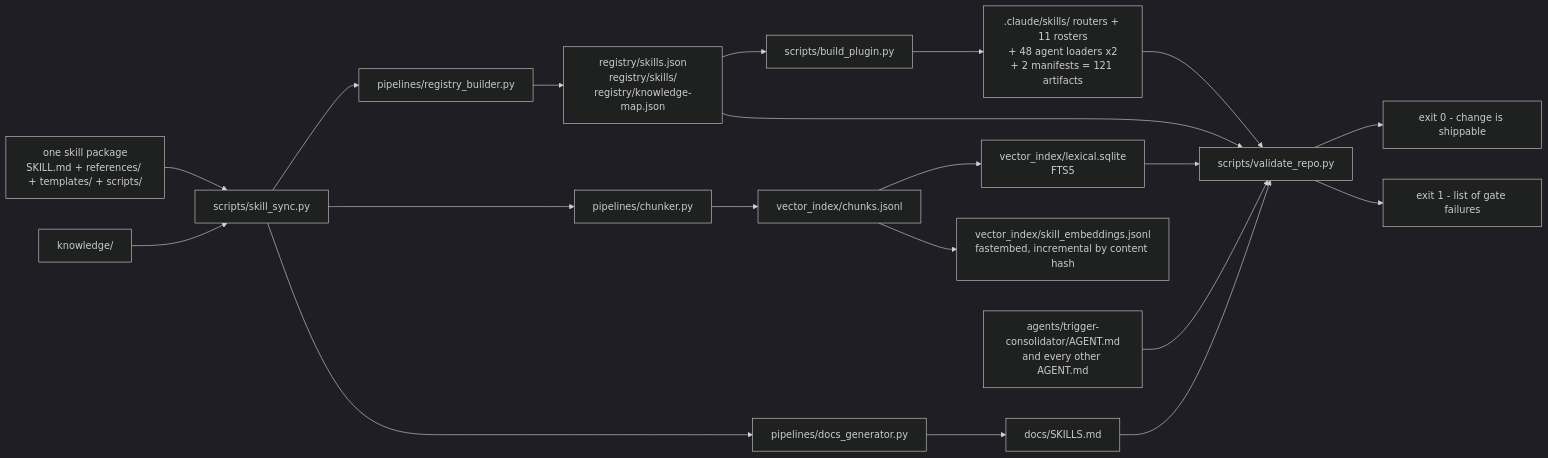
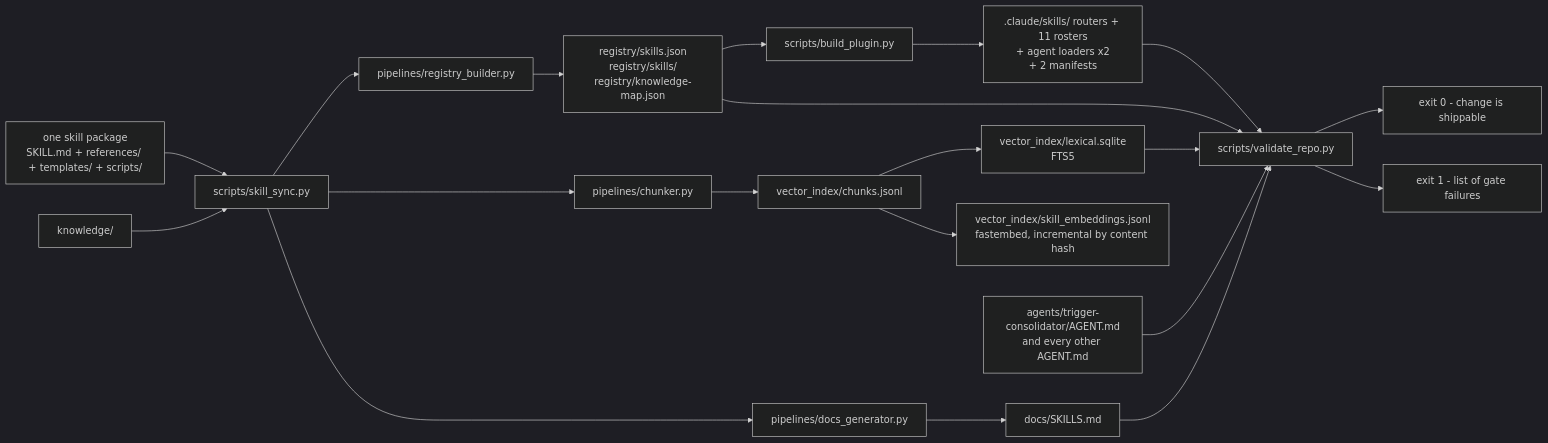
Before and after one commit to PranavNagrecha/AwesomeSalesforceSkills: the third of 3 diagrams in docs/architecture.md, drawn with Mermaid (dark theme). The commit also changed other lines of this file and 71 other files, not shown here.

````diff
--- a/docs/architecture.md
+++ b/docs/architecture.md
@@ -671,27 +637,27 @@
 ```mermaid
 flowchart LR
     A["one skill package<br/>SKILL.md + references/ + templates/ + scripts/"] --> SY["scripts/skill_sync.py"]
     K["knowledge/"] --> SY
 
     SY --> RB["pipelines/registry_builder.py"]
     SY --> CH["pipelines/chunker.py"]
     SY --> DG["pipelines/docs_generator.py"]
 
     RB --> REG["registry/skills.json<br/>registry/skills/<br/>registry/knowledge-map.json"]
     CH --> CJ["vector_index/chunks.jsonl"]
     CJ --> LX["vector_index/lexical.sqlite<br/>FTS5"]
     CJ --> EM["vector_index/skill_embeddings.jsonl<br/>fastembed, incremental by content hash"]
     DG --> DOC["docs/SKILLS.md"]
 
     REG --> BP["scripts/build_plugin.py"]
-    BP --> RTRS[".claude/skills/ routers + 11 rosters<br/>+ 48 agent loaders x2<br/>+ 2 manifests = 121 artifacts"]
+    BP --> RTRS[".claude/skills/ routers + 11 rosters<br/>+ agent loaders x2<br/>+ 2 manifests"]
 
     REG --> V["scripts/validate_repo.py"]
     LX --> V
     DOC --> V
     RTRS --> V
     AG["agents/trigger-consolidator/AGENT.md<br/>and every other AGENT.md"] --> V
 
     V --> OK["exit 0 - change is shippable"]
     V --> ERR["exit 1 - list of gate failures"]
 ```
````
